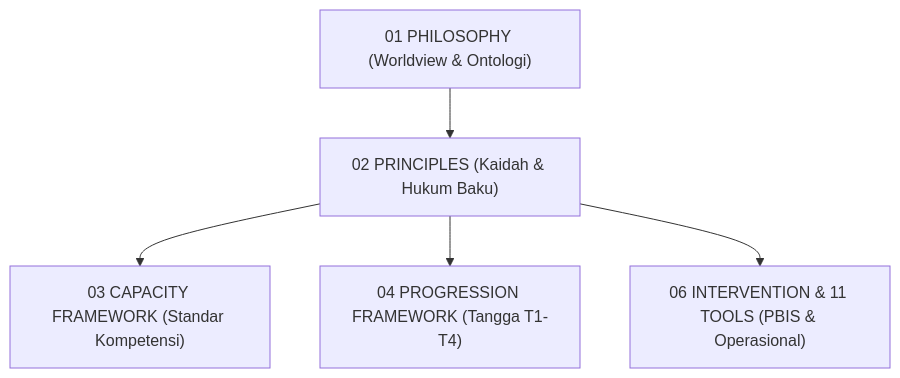
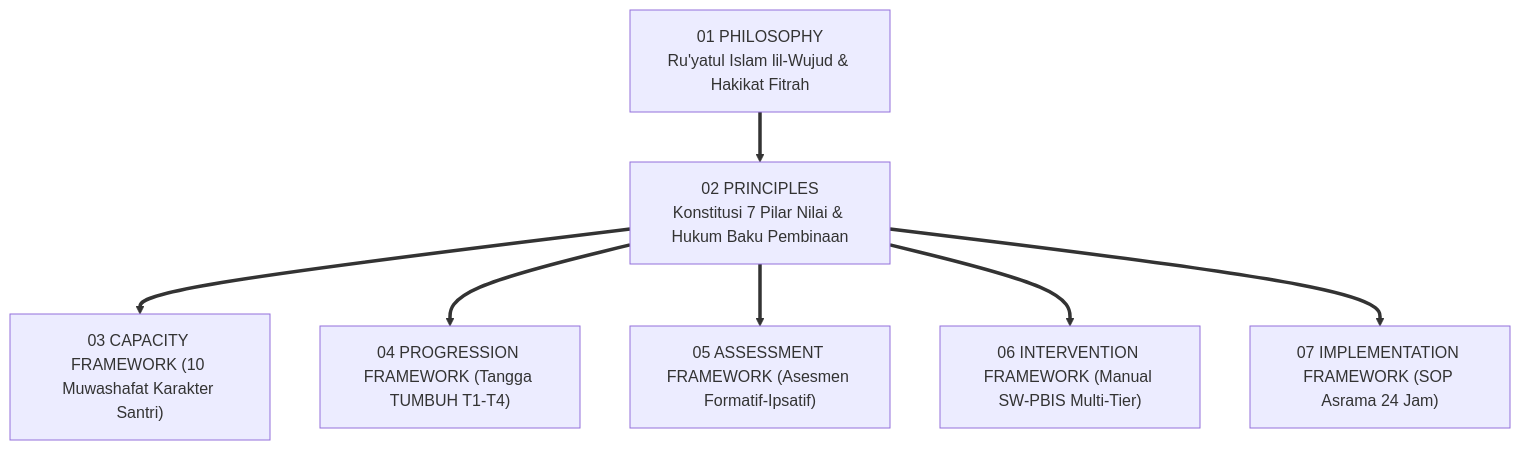
The first of 3 diagrams in 02 Principles/01 Core Principles/P2-01-Prinsip-Utama-TUMBUH.md (wandiapriliyandi/tumbuh), drawn with Mermaid before and after one commit. The commit also changed other lines of this file and 9 other files, not shown here.

Commit message:
feat(principles): standarisasi 100% monograf terpadu Sub-Domain 01 Core Principles dan Piagam Konstitusi Nilai TUMBUH

````diff
--- a/02 Principles/01 Core Principles/P2-01-Prinsip-Utama-TUMBUH.md
+++ b/02 Principles/01 Core Principles/P2-01-Prinsip-Utama-TUMBUH.md
@@ -16,7 +53,11 @@
 ```mermaid
 graph TD
-    P1["01 PHILOSOPHY (Worldview & Ontologi)"] --> P2["02 PRINCIPLES (Kaidah & Hukum Baku)"]
-    P2 --> P3["03 CAPACITY FRAMEWORK (Standar Kompetensi)"]
-    P2 --> P4["04 PROGRESSION FRAMEWORK (Tangga T1-T4)"]
-    P2 --> P6["06 INTERVENTION & 11 TOOLS (PBIS & Operasional)"]
+    WV["01 PHILOSOPHY<br/>Ru'yatul Islam lil-Wujud & Hakikat Fitrah"] 
+    ==> CP["02 PRINCIPLES<br/>Konstitusi 7 Pilar Nilai & Hukum Baku Pembinaan"]
+    
+    CP ==> CF["03 CAPACITY FRAMEWORK (10 Muwashafat Karakter Santri)"]
+    CP ==> PF["04 PROGRESSION FRAMEWORK (Tangga TUMBUH T1-T4)"]
+    CP ==> AF["05 ASSESSMENT FRAMEWORK (Asesmen Formatif-Ipsatif)"]
+    CP ==> IF["06 INTERVENTION FRAMEWORK (Manual SW-PBIS Multi-Tier)"]
+    CP ==> IMP["07 IMPLEMENTATION FRAMEWORK (SOP Asrama 24 Jam)"]
 ```
````
